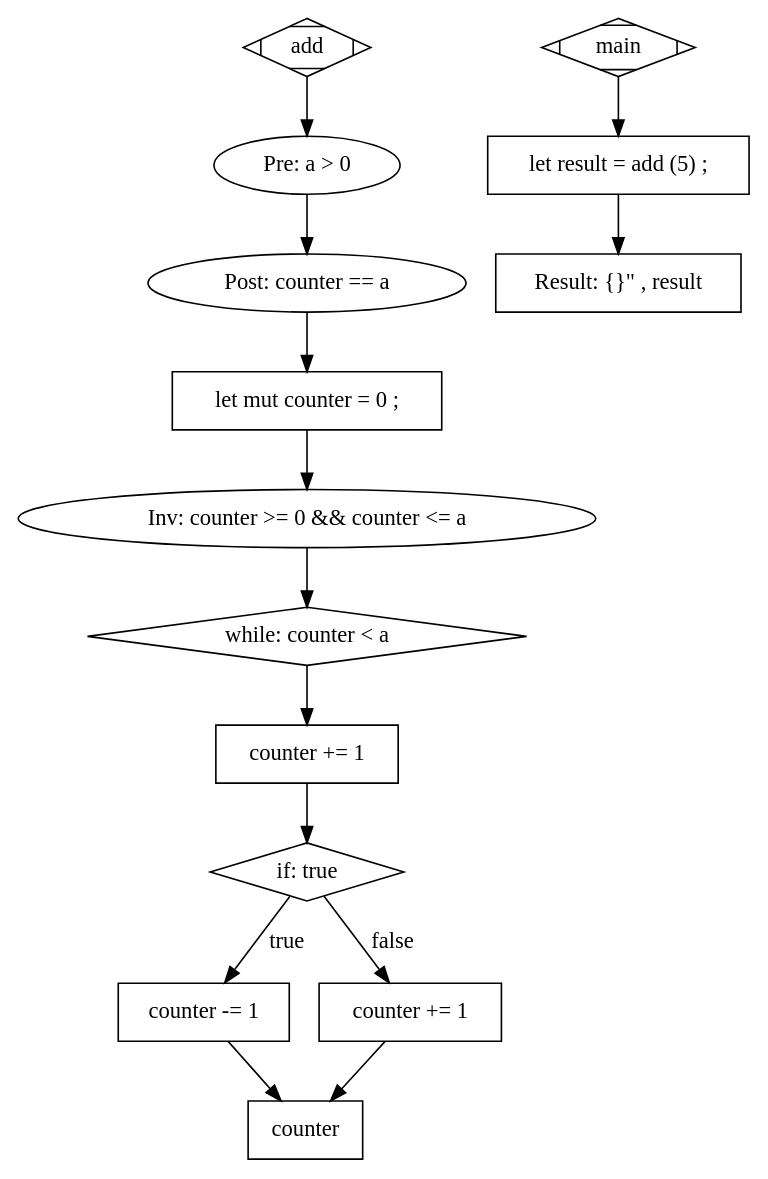
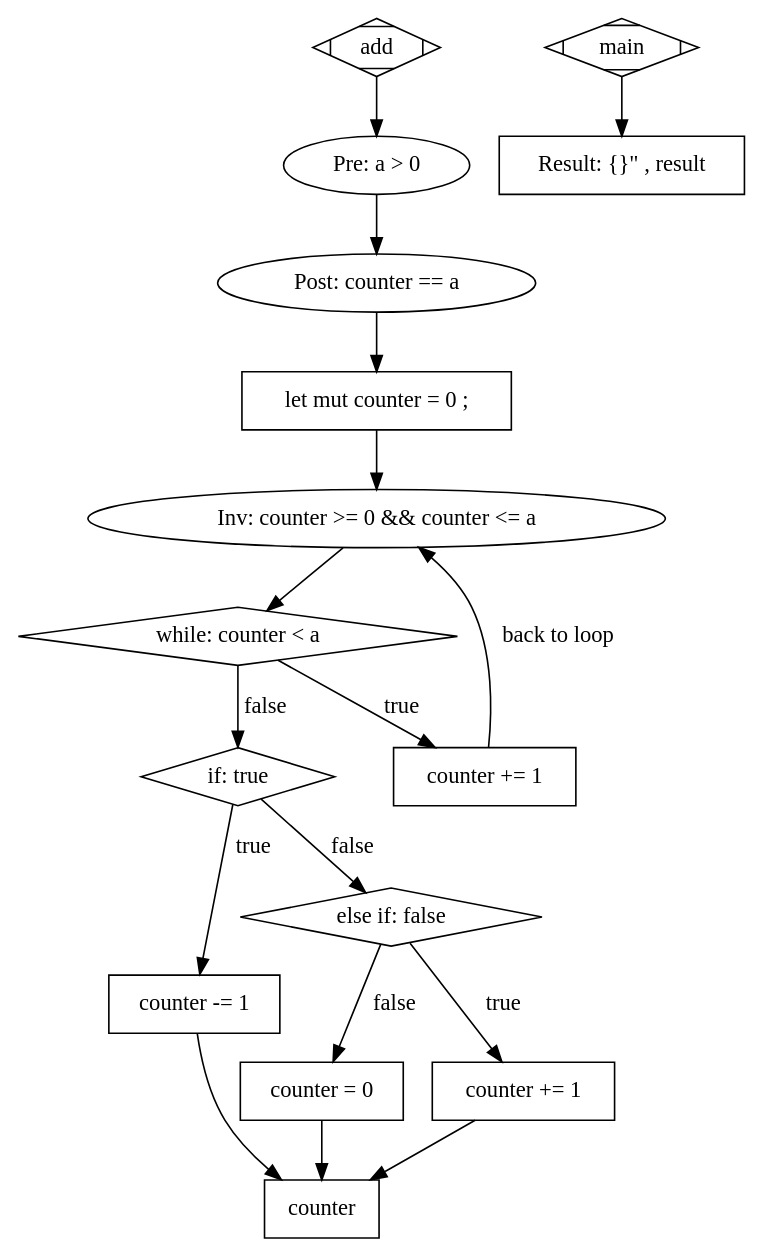
The diagram in src/graphs/simple.dot (vasilevlaicu/secured-rust), drawn with Graphviz before and after one commit. The commit also changed 2 other files, not shown here.

```diff
--- a/src/graphs/simple.dot
+++ b/src/graphs/simple.dot
@@ -1,29 +1,33 @@
 digraph G {
 0 [label="add", shape=Mdiamond]
 1 [label="Pre: a > 0", shape=ellipse]
 2 [label="Post: counter == a", shape=ellipse]
 3 [label="let mut counter = 0 ;", shape=box]
 4 [label="Inv: counter >= 0 && counter <= a", shape=ellipse]
 5 [label="while: counter < a", shape=diamond]
 6 [label="counter += 1", shape=box]
-7 [label="if: true", shape=diamond]
-8 [label="counter -= 1", shape=box]
-9 [label="counter += 1", shape=box]
-10 [label="Result: {}\" , result", shape=box]
-11 [label="counter", shape=box]
-12 [label="main", shape=Mdiamond]
-13 [label="let result = add (5) ;", shape=box]
+7 [label="counter", shape=box]
+8 [label="if: true", shape=diamond]
+9 [label="counter -= 1", shape=box]
+10 [label="main", shape=Mdiamond]
+11 [label="else if: false", shape=diamond]
+12 [label="counter += 1", shape=box]
+13 [label="Result: {}\" , result", shape=box]
+14 [label="counter = 0", shape=box]
 0 -> 1 [label=""];
 1 -> 2 [label=""];
 2 -> 3 [label=""];
 3 -> 4 [label=""];
 4 -> 5 [label=""];
-5 -> 6 [label=""];
-6 -> 7 [label=""];
-7 -> 8 [label="true"];
-7 -> 9 [label="false"];
-13 -> 10 [label=""];
-9 -> 11 [label=""];
-8 -> 11 [label=""];
-12 -> 13 [label=""];
+5 -> 6 [label="true"];
+6 -> 4 [label="back to loop"];
+14 -> 7 [label=""];
+5 -> 8 [label="false"];
+8 -> 9 [label="true"];
+9 -> 7 [label=""];
+8 -> 11 [label="false"];
+11 -> 12 [label="true"];
+10 -> 13 [label=""];
+11 -> 14 [label="false"];
+12 -> 7 [label=""];
 }
```
